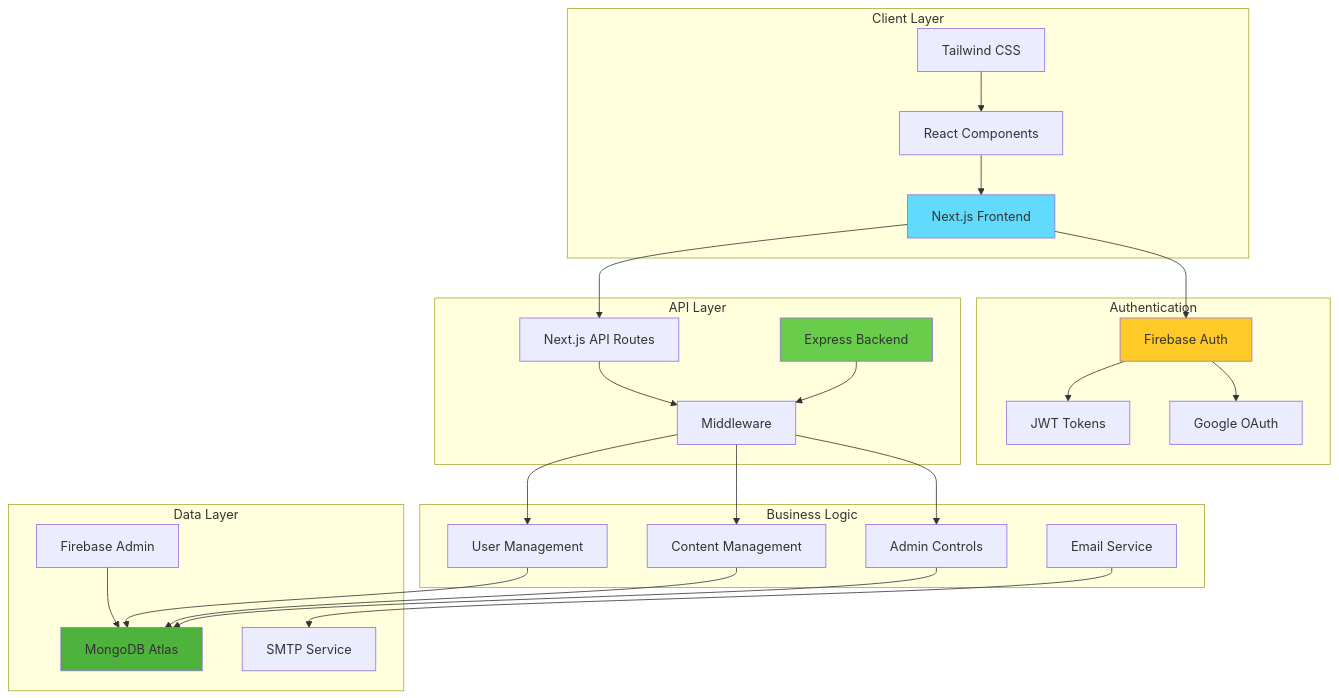
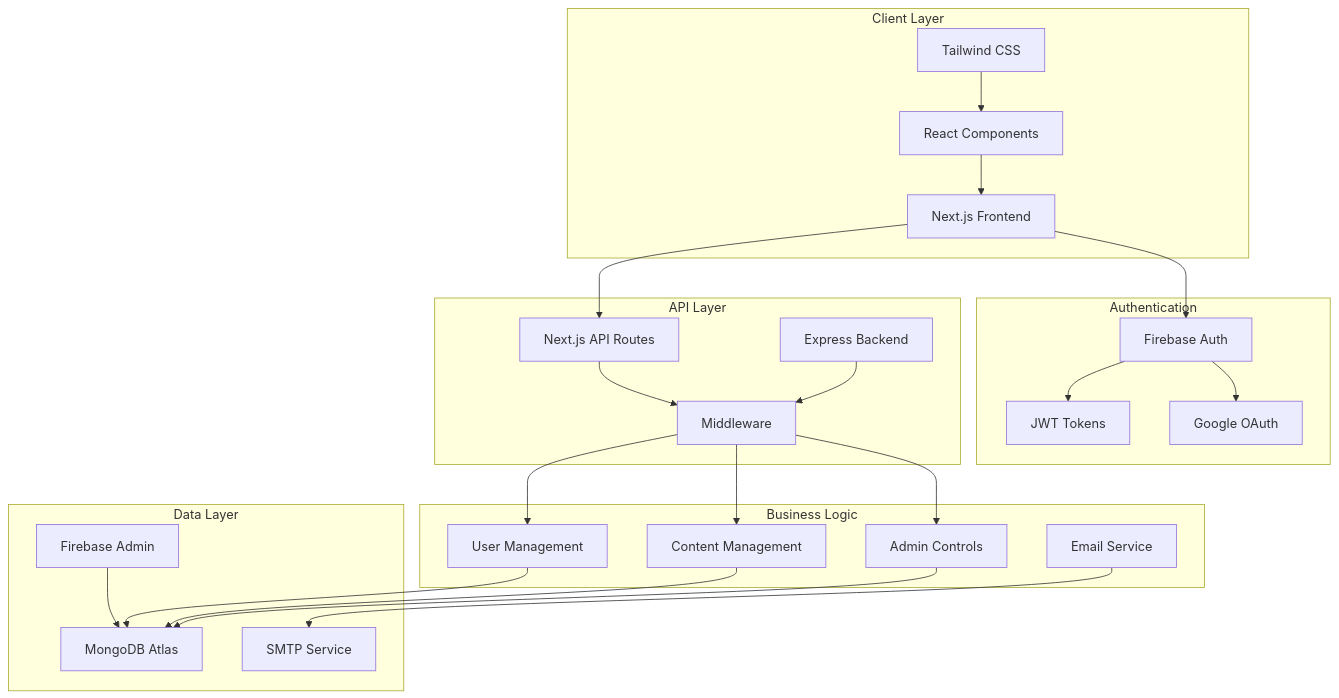
Before and after one commit to choksi2212/blog-vibe: the first of 9 diagrams in README.md, drawn with Mermaid. The commit also changed other lines of this file, not shown here.

````diff
--- a/README.md
+++ b/README.md
@@ -109,55 +109,50 @@
 ```mermaid
 graph TB
     subgraph Client["Client Layer"]
         A[Next.js Frontend]
         B[React Components]
         C[Tailwind CSS]
     end
     
     subgraph Auth["Authentication"]
         D[Firebase Auth]
         E[JWT Tokens]
         F[Google OAuth]
     end
     
     subgraph API["API Layer"]
         G[Next.js API Routes]
         H[Express Backend]
         I[Middleware]
     end
     
     subgraph Business["Business Logic"]
         J[User Management]
         K[Content Management]
         L[Admin Controls]
         M[Email Service]
     end
     
     subgraph Data["Data Layer"]
         N[MongoDB Atlas]
         O[Firebase Admin]
         P[SMTP Service]
     end
     
     A --> G
     A --> D
     B --> A
     C --> B
     D --> E
     D --> F
     G --> I
     H --> I
     I --> J
     I --> K
     I --> L
     J --> N
     K --> N
     L --> N
     M --> P
     O --> N
-    
-    style A fill:#61dafb
-    style N fill:#4db33d
-    style D fill:#ffca28
-    style H fill:#68cd4b
 ```
````
